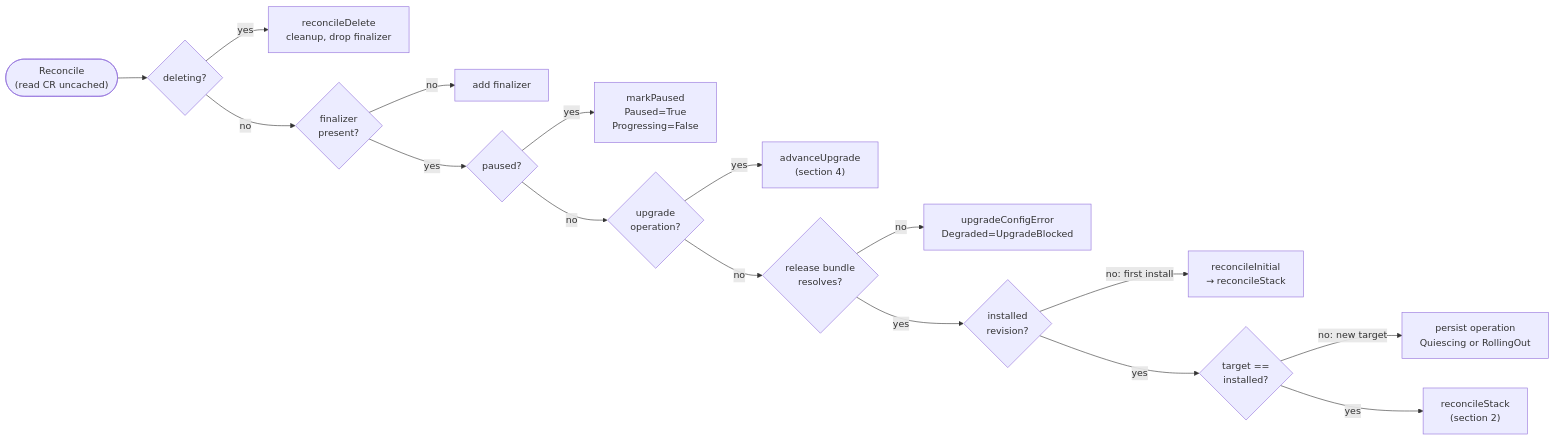
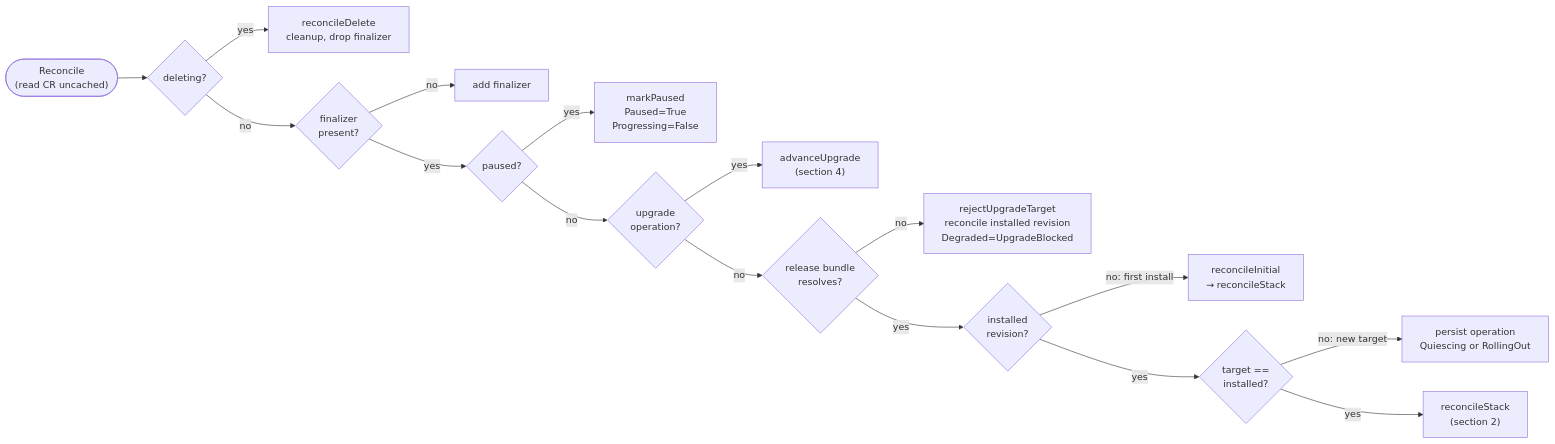
The first of 3 diagrams in docs/design/status-model.md (project-koku/koku-service-operator), drawn with Mermaid before and after one commit. The commit also changed other lines of this file and 22 other files, not shown here.

````diff
--- a/docs/design/status-model.md
+++ b/docs/design/status-model.md
@@ -40,18 +40,18 @@
 ```mermaid
 flowchart LR
     W(["Reconcile<br/>(read CR uncached)"]) --> D{deleting?}
     D -->|yes| FIN["reconcileDelete<br/>cleanup, drop finalizer"]
     D -->|no| F{finalizer<br/>present?}
     F -->|no| AF[add finalizer]
     F -->|yes| P{paused?}
     P -->|yes| MP["markPaused<br/>Paused=True<br/>Progressing=False"]
     P -->|no| OP{upgrade<br/>operation?}
     OP -->|yes| ADV["advanceUpgrade<br/>(section 4)"]
     OP -->|no| RES{release bundle<br/>resolves?}
-    RES -->|no| UB["upgradeConfigError<br/>Degraded=UpgradeBlocked"]
+    RES -->|no| UB["rejectUpgradeTarget<br/>reconcile installed revision<br/>Degraded=UpgradeBlocked"]
     RES -->|yes| INST{installed<br/>revision?}
     INST -->|"no: first install"| INI["reconcileInitial<br/>→ reconcileStack"]
     INST -->|yes| SAME{"target ==<br/>installed?"}
     SAME -->|"no: new target"| PLAN["persist operation<br/>Quiescing or RollingOut"]
     SAME -->|yes| STK["reconcileStack<br/>(section 2)"]
 ```
````
